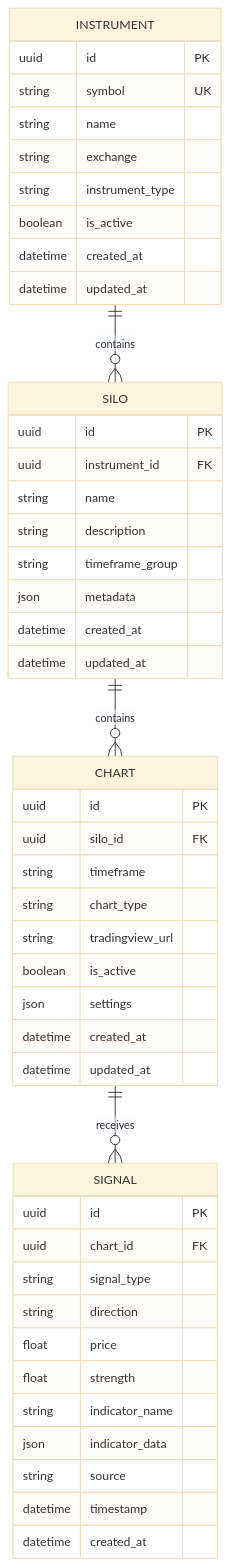
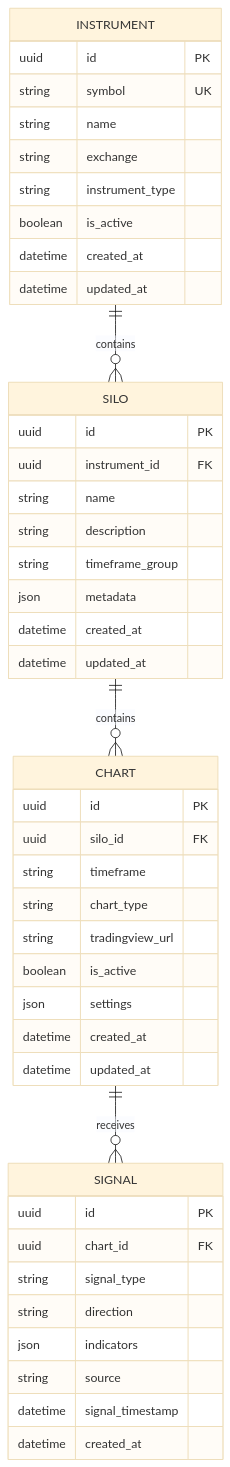
The third of 23 diagrams in docs/CIA-SIE_ARCHITECTURE_FLOWCHARTS.md (Nevillemehta-Claude/CIA-SIE-PURE), drawn with Mermaid (base theme) before and after one commit. The commit also changed other lines of this file and 9 other files, not shown here.

````diff
--- a/docs/CIA-SIE_ARCHITECTURE_FLOWCHARTS.md
+++ b/docs/CIA-SIE_ARCHITECTURE_FLOWCHARTS.md
@@ -112,54 +112,52 @@
 ```mermaid
 erDiagram
     INSTRUMENT ||--o{ SILO : contains
     SILO ||--o{ CHART : contains
     CHART ||--o{ SIGNAL : receives
 
     INSTRUMENT {
         uuid id PK
         string symbol UK
         string name
         string exchange
         string instrument_type
         boolean is_active
         datetime created_at
         datetime updated_at
     }
 
     SILO {
         uuid id PK
         uuid instrument_id FK
         string name
         string description
         string timeframe_group
         json metadata
         datetime created_at
         datetime updated_at
     }
 
     CHART {
         uuid id PK
         uuid silo_id FK
         string timeframe
         string chart_type
         string tradingview_url
         boolean is_active
         json settings
         datetime created_at
         datetime updated_at
     }
 
     SIGNAL {
         uuid id PK
         uuid chart_id FK
         string signal_type
         string direction
-        float price
-        float strength
-        string indicator_name
-        json indicator_data
+        json indicators
         string source
-        datetime timestamp
+        datetime signal_timestamp
         datetime created_at
     }
+    %% CONSTITUTIONAL: NO strength, confidence, score, weight fields
 ```
````
